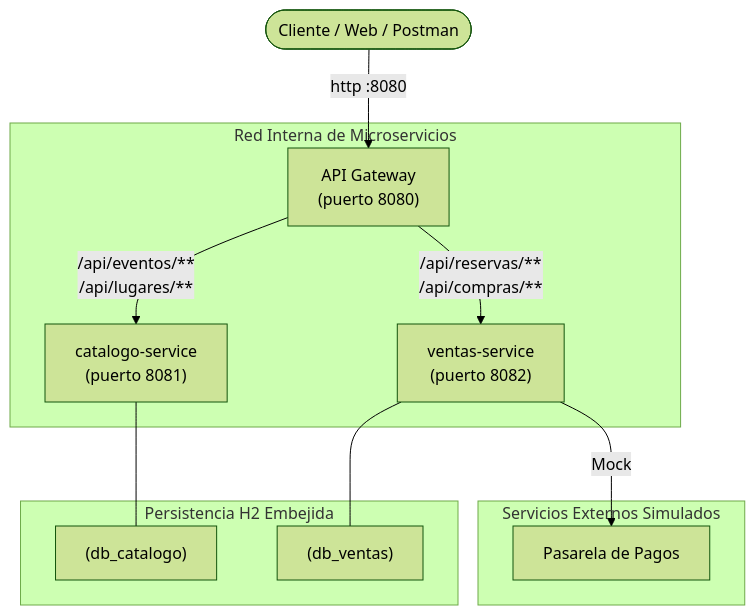
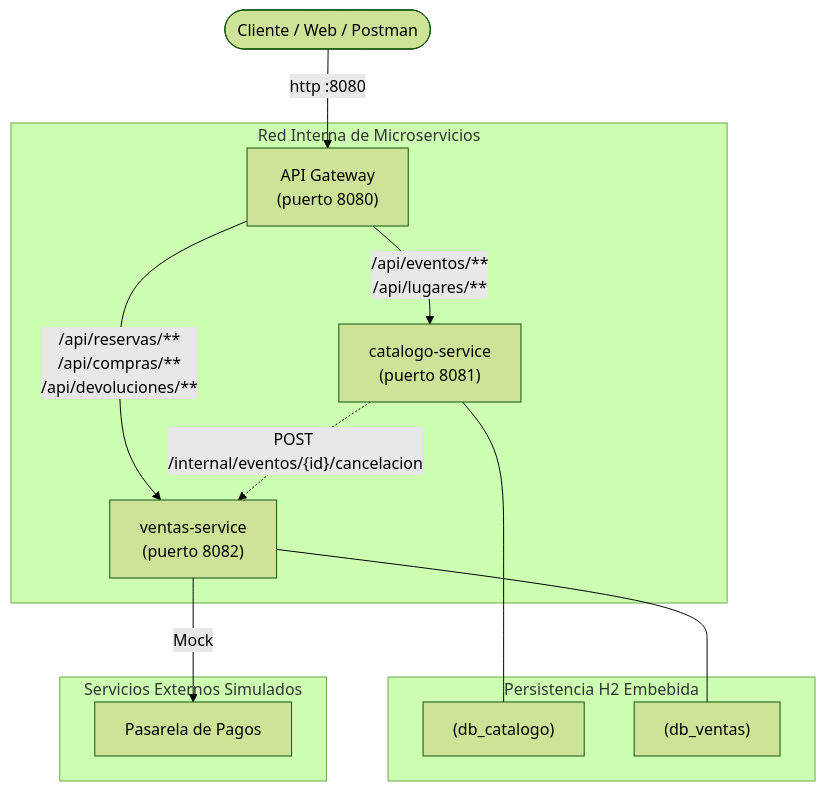
Before and after one commit to BrandonPenna/GrupoArqui: the first of 4 diagrams in docs/arquitectura.md, drawn with Mermaid (forest theme). The commit also changed other lines of this file and 11 other files, not shown here.

````diff
--- a/docs/arquitectura.md
+++ b/docs/arquitectura.md
@@ -5,18 +5,19 @@
 ```mermaid
 graph TD
     Client(["Cliente / Web / Postman"]) -->|"http :8080"| Gateway["API Gateway<br/>(puerto 8080)"]
 
     subgraph RedInterna ["Red Interna de Microservicios"]
         Gateway -->|"/api/eventos/**<br/>/api/lugares/**"| CatService["catalogo-service<br/>(puerto 8081)"]
-        Gateway -->|"/api/reservas/**<br/>/api/compras/**"| VenService["ventas-service<br/>(puerto 8082)"]
+        Gateway -->|"/api/reservas/**<br/>/api/compras/**<br/>/api/devoluciones/**"| VenService["ventas-service<br/>(puerto 8082)"]
+        CatService -.->|"POST /internal/eventos/{id}/cancelacion"| VenService
     end
 
-    subgraph BasesDatos ["Persistencia H2 Embejida"]
+    subgraph BasesDatos ["Persistencia H2 Embebida"]
         CatService --- DBCat["(db_catalogo)"]
         VenService --- DBVen["(db_ventas)"]
     end
 
     subgraph Externos ["Servicios Externos Simulados"]
         VenService -->|"Mock"| Pasarela["Pasarela de Pagos"]
     end
 ```
````
